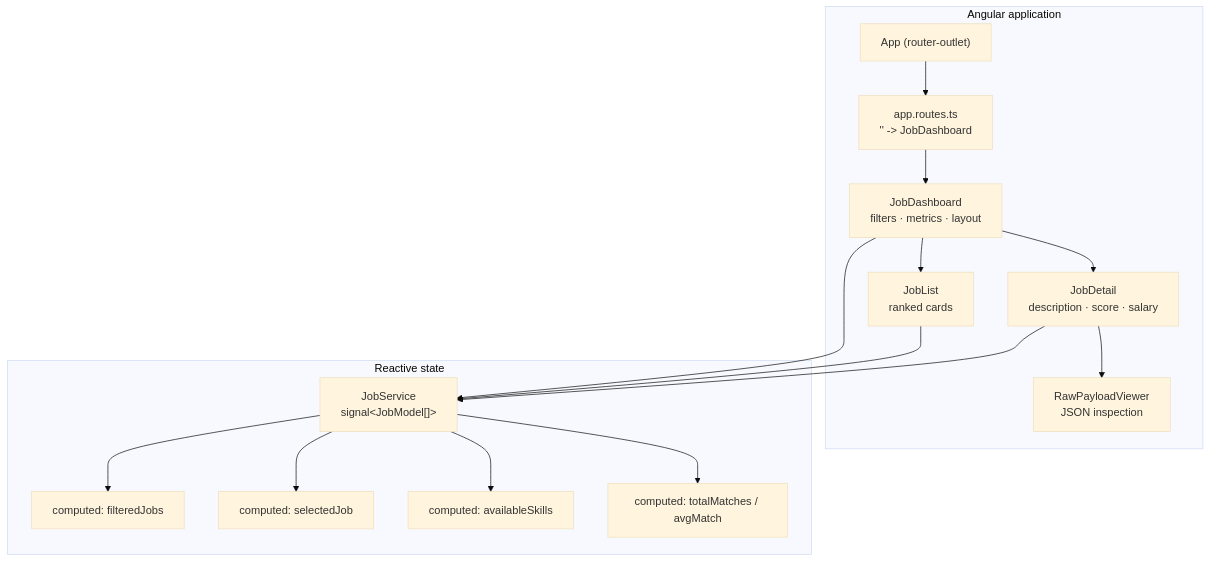
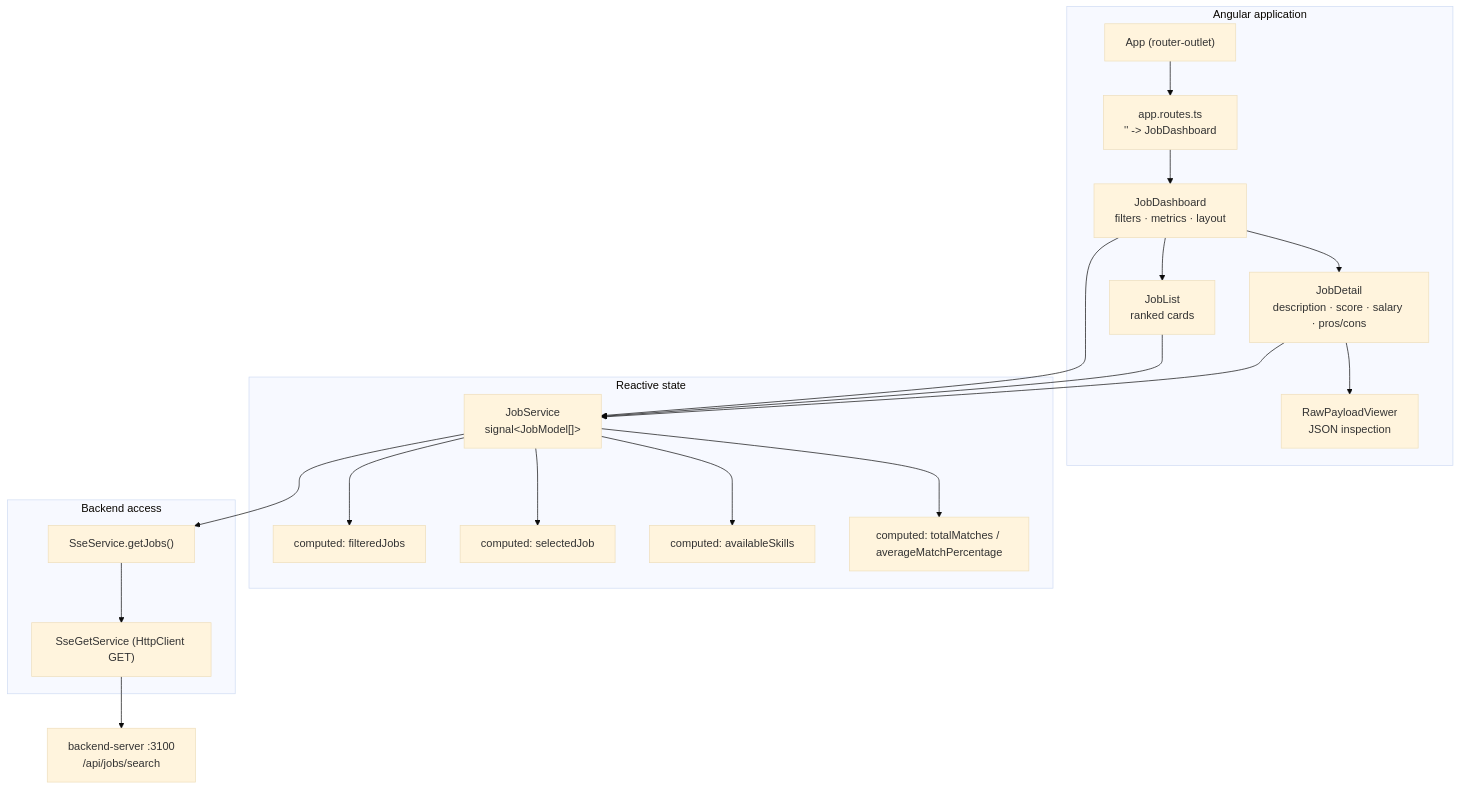
The fourth of 4 diagrams in README.md (caupolicanquerales/agent_hunter_job), drawn with Mermaid (base theme) before and after one commit. The commit also changed other lines of this file, not shown here.

````diff
--- a/README.md
+++ b/README.md
@@ -228,31 +285,39 @@
 ```mermaid
 flowchart TB
     subgraph App["Angular application"]
         Root["App (router-outlet)"]
         Routes["app.routes.ts<br/>'' -> JobDashboard"]
         Dashboard["JobDashboard<br/>filters · metrics · layout"]
         List["JobList<br/>ranked cards"]
-        Detail["JobDetail<br/>description · score · salary"]
+        Detail["JobDetail<br/>description · score · salary · pros/cons"]
         Viewer["RawPayloadViewer<br/>JSON inspection"]
     end
 
     subgraph State["Reactive state"]
         Service["JobService<br/>signal&lt;JobModel[]&gt;"]
         Filtered["computed: filteredJobs"]
         Selected["computed: selectedJob"]
         SkillList["computed: availableSkills"]
-        Metrics["computed: totalMatches / avgMatch"]
+        Metrics["computed: totalMatches / averageMatchPercentage"]
     end
+
+    subgraph HTTP["Backend access"]
+        SSE["SseService.getJobs()"]
+        SSEGet["SseGetService (HttpClient GET)"]
+    end
+
+    Backend["backend-server :3100<br/>/api/jobs/search"]
 
     Root --> Routes --> Dashboard
     Dashboard --> List
     Dashboard --> Detail
     Detail --> Viewer
     Service --> Filtered
     Service --> Selected
     Service --> SkillList
     Service --> Metrics
     Dashboard --> Service
     List --> Service
     Detail --> Service
+    Service --> SSE --> SSEGet --> Backend
 ```
````
